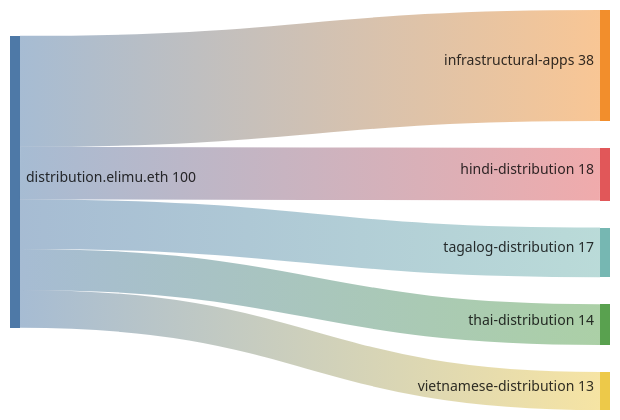
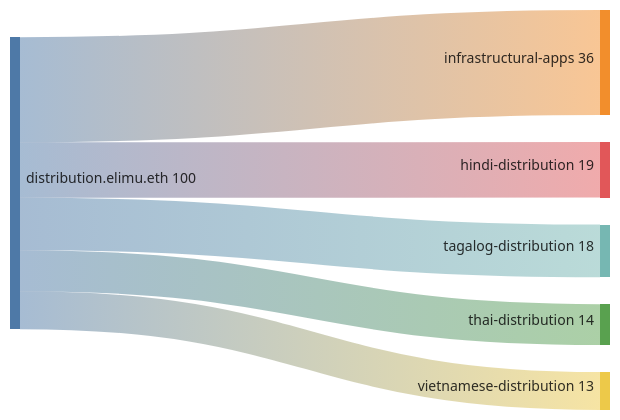
One commit to elimu-ai/web3-wiki changed the third of 3 diagrams in DRIP_LIST_FUNDING_SPLITS.md. Above: the diagram before and after it, drawn with Mermaid.

Commit message:
Update DRIP_LIST_FUNDING_SPLITS.md
#66

````diff
--- a/DRIP_LIST_FUNDING_SPLITS.md
+++ b/DRIP_LIST_FUNDING_SPLITS.md
@@ -101,10 +101,10 @@
 ```mermaid
 sankey-beta
 
 %% source,target,value
-distribution.elimu.eth,infrastructural-apps,38
-distribution.elimu.eth,hindi-distribution,18
-distribution.elimu.eth,tagalog-distribution,17
+distribution.elimu.eth,infrastructural-apps,36
+distribution.elimu.eth,hindi-distribution,19
+distribution.elimu.eth,tagalog-distribution,18
 distribution.elimu.eth,thai-distribution,14
 distribution.elimu.eth,vietnamese-distribution,13
 ```
````
